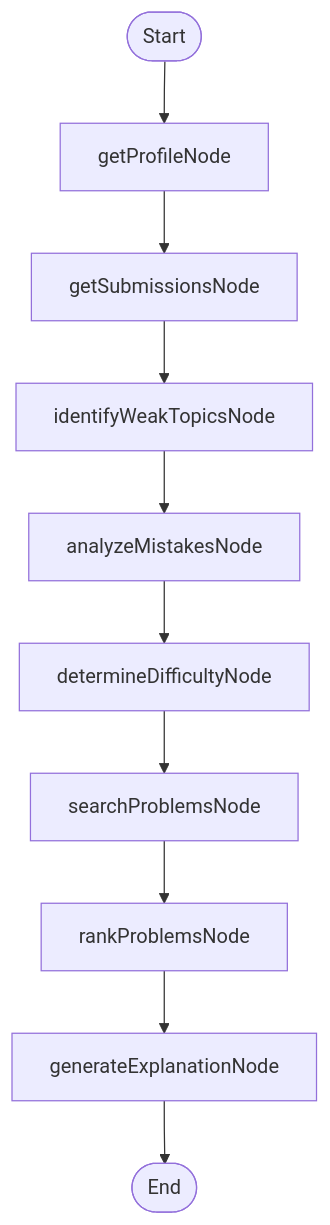
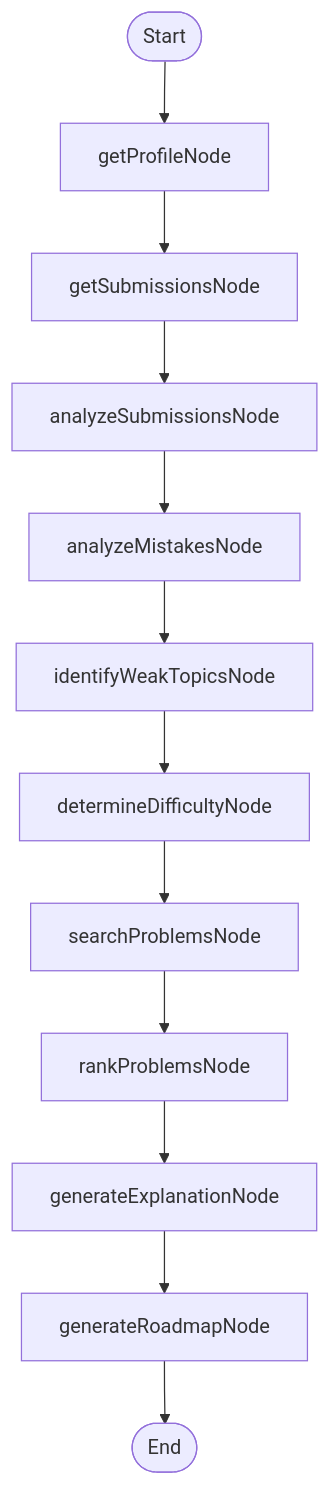
The third of 4 diagrams in agents_architecture.md (balaji23112006/Ai-Coding-coach), drawn with Mermaid before and after one commit. The commit also changed other lines of this file, not shown here.

Commit message:
docs: update agents_architecture.md with analyzeSubmissions and generateRoadmap topology, nodes, and tools for Problem Recommendation Agent

````diff
--- a/agents_architecture.md
+++ b/agents_architecture.md
@@ -111,12 +111,14 @@
 ```mermaid
 graph TD
     START([Start]) --> getProfile[getProfileNode]
     getProfile --> getSubmissions[getSubmissionsNode]
-    getSubmissions --> identifyWeakTopics[identifyWeakTopicsNode]
-    identifyWeakTopics --> analyzeMistakes[analyzeMistakesNode]
-    analyzeMistakes --> determineDifficulty[determineDifficultyNode]
+    getSubmissions --> analyzeSubmissions[analyzeSubmissionsNode]
+    analyzeSubmissions --> analyzeMistakes[analyzeMistakesNode]
+    analyzeMistakes --> identifyWeakTopics[identifyWeakTopicsNode]
+    identifyWeakTopics --> determineDifficulty[determineDifficultyNode]
     determineDifficulty --> searchProblems[searchProblemsNode]
     searchProblems --> rankProblems[rankProblemsNode]
     rankProblems --> generateExplanation[generateExplanationNode]
-    generateExplanation --> END([End])
+    generateExplanation --> generateRoadmap[generateRoadmapNode]
+    generateRoadmap --> END([End])
 ```
````
